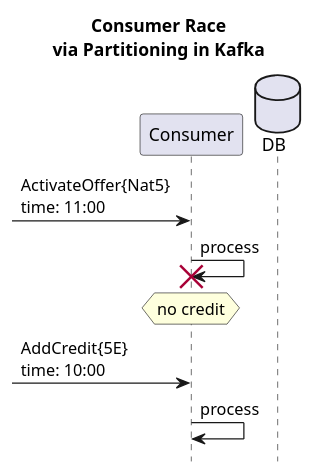
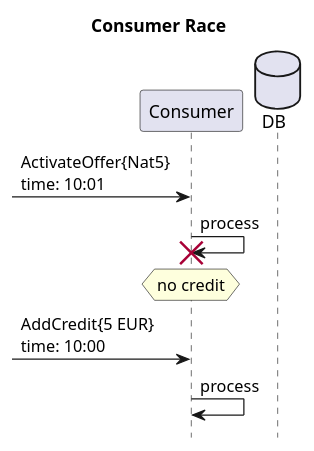
One commit to victorrentea/kafka changed the diagram in patterns/2a_out_of_order_c.puml. Above: the diagram before and after it, drawn with PlantUML.

```diff
--- a/patterns/2a_out_of_order_c.puml
+++ b/patterns/2a_out_of_order_c.puml
@@ -1,15 +1,15 @@
 @startuml
 title Consumer Race
 hide footbox
 database DB order 10
 
-title Consumer Race\nvia Partitioning in Kafka
+title Consumer Race
 hide footbox
 database DB order 10
 
-->Consumer: ActivateOffer{Nat5}\ntime: 11:00
+->Consumer: ActivateOffer{Nat5}\ntime: 10:01
 Consumer->Consumer!!: process
 hnote over Consumer: no credit
-->Consumer: AddCredit{5E}\ntime: 10:00
+->Consumer: AddCredit{5 EUR}\ntime: 10:00
 Consumer->Consumer: process
 @enduml
```
